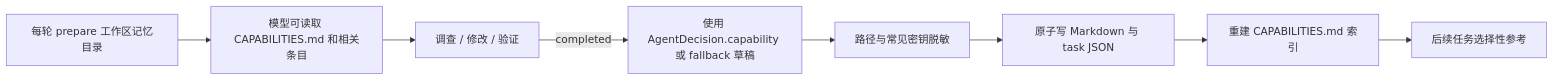
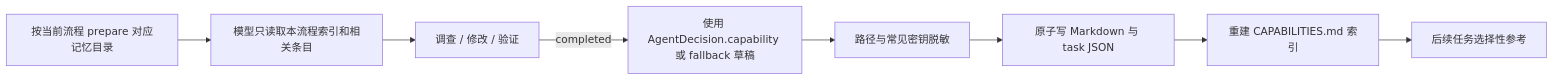
One commit to makabaka466/AutoCodingEngineerCoreNew changed the fourth of 4 diagrams in docs/ARCHITECTURE.md. Above: the diagram before and after it, drawn with Mermaid. The commit also changed other lines of this file and 46 other files, not shown here.

````diff
--- a/docs/ARCHITECTURE.md
+++ b/docs/ARCHITECTURE.md
@@ -200,10 +303,10 @@
 ```mermaid
 flowchart LR
-    PREPARE["每轮 prepare 工作区记忆目录"] --> READ["模型可读取 CAPABILITIES.md 和相关条目"]
+    PREPARE["按当前流程 prepare 对应记忆目录"] --> READ["模型只读取本流程索引和相关条目"]
     READ --> WORK["调查 / 修改 / 验证"]
     WORK -->|completed| DRAFT["使用 AgentDecision.capability 或 fallback 草稿"]
     DRAFT --> SANITIZE["路径与常见密钥脱敏"]
     SANITIZE --> WRITE["原子写 Markdown 与 task JSON"]
     WRITE --> INDEX["重建 CAPABILITIES.md 索引"]
     INDEX --> NEXT["后续任务选择性参考"]
 ```
````
